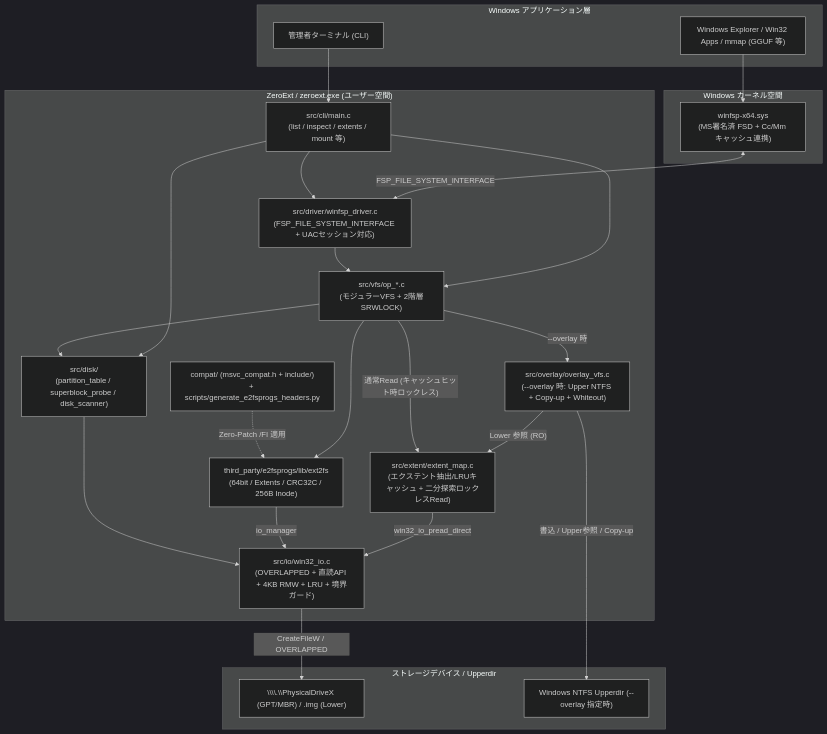
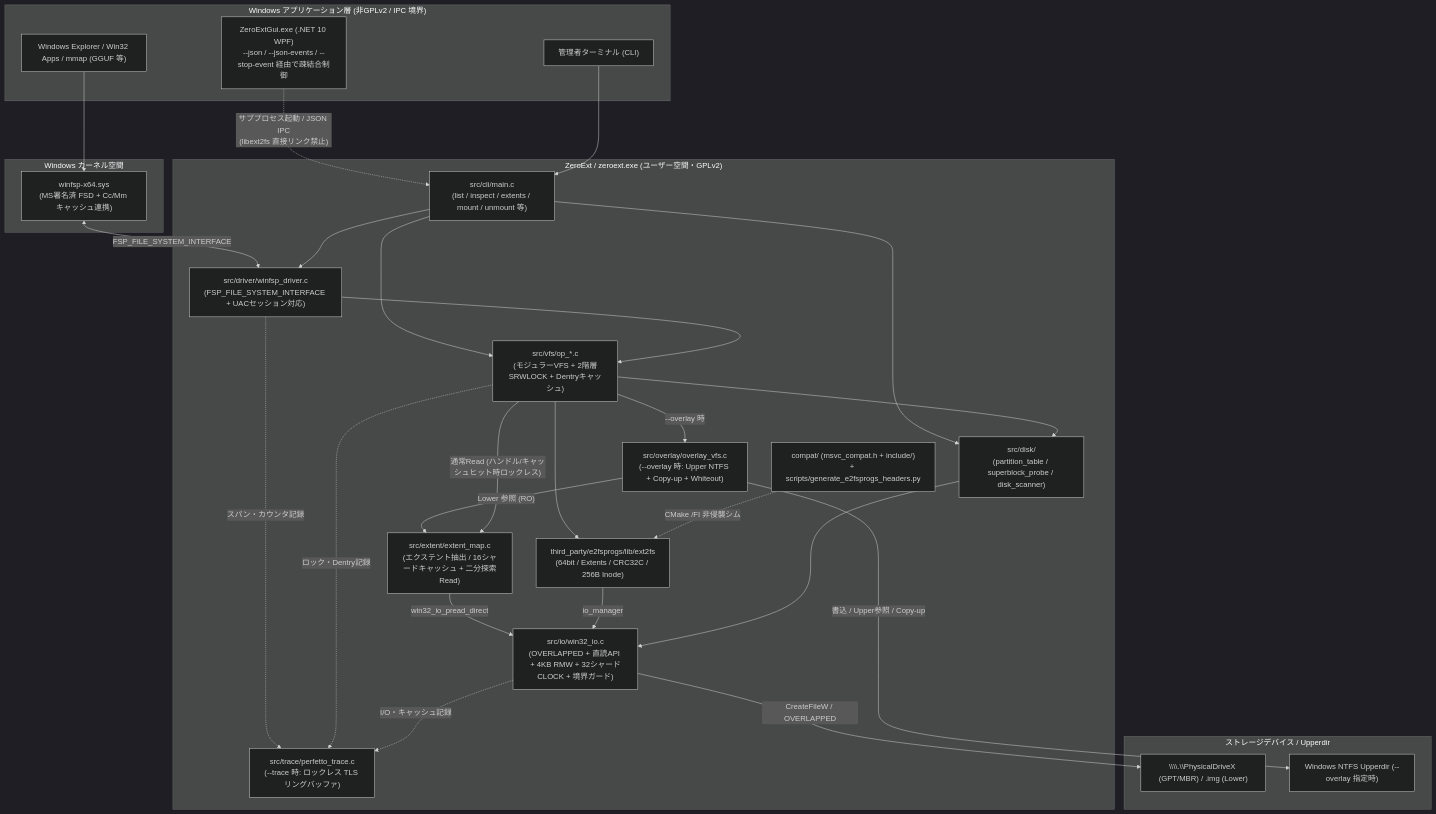
One commit to totatake/ZeroExt changed the first of 2 diagrams in docs/architecture.md. Above: the diagram before and after it, drawn with Mermaid (dark theme). The commit also changed other lines of this file and 20 other files, not shown here.

````diff
--- a/docs/architecture.md
+++ b/docs/architecture.md
@@ -9,47 +9,53 @@
 ```mermaid
 flowchart TD
-    subgraph UserApps["Windows アプリケーション層"]
+    subgraph UserApps["Windows アプリケーション層 (非GPLv2 / IPC 境界)"]
         Exp["Windows Explorer / Win32 Apps / mmap (GGUF 等)"]
+        GuiApp["ZeroExtGui.exe (.NET 10 WPF)\n--json / --json-events / --stop-event 経由で疎結合制御"]
         CliUser["管理者ターミナル (CLI)"]
     end
 
     subgraph Kernel["Windows カーネル空間"]
         WinFspSys["winfsp-x64.sys\n(MS署名済 FSD + Cc/Mm キャッシュ連携)"]
     end
 
-    subgraph DriverExe["ZeroExt / zeroext.exe (ユーザー空間)"]
-        CLI["src/cli/main.c\n(list / inspect / extents / mount 等)"]
+    subgraph DriverExe["ZeroExt / zeroext.exe (ユーザー空間・GPLv2)"]
+        CLI["src/cli/main.c\n(list / inspect / extents / mount / unmount 等)"]
         WinFspDrv["src/driver/winfsp_driver.c\n(FSP_FILE_SYSTEM_INTERFACE + UACセッション対応)"]
         Overlay["src/overlay/overlay_vfs.c\n(--overlay 時: Upper NTFS + Copy-up + Whiteout)"]
-        VFS["src/vfs/op_*.c\n(モジュラーVFS + 2階層SRWLOCK)"]
-        Extent["src/extent/extent_map.c\n(エクステント抽出/LRUキャッシュ + 二分探索ロックレスRead)"]
+        VFS["src/vfs/op_*.c\n(モジュラーVFS + 2階層SRWLOCK + Dentryキャッシュ)"]
+        Extent["src/extent/extent_map.c\n(エクステント抽出 / 16シャードキャッシュ + 二分探索Read)"]
         Disk["src/disk/\n(partition_table / superblock_probe / disk_scanner)"]
+        Trace["src/trace/perfetto_trace.c\n(--trace 時: ロックレス TLS リングバッファ)"]
         LibExt2["third_party/e2fsprogs/lib/ext2fs\n(64bit / Extents / CRC32C / 256B Inode)"]
         Compat["compat/ (msvc_compat.h + include/)\n+ scripts/generate_e2fsprogs_headers.py"]
-        Win32IO["src/io/win32_io.c\n(OVERLAPPED + 直読API + 4KB RMW + LRU + 境界ガード)"]
+        Win32IO["src/io/win32_io.c\n(OVERLAPPED + 直読API + 4KB RMW + 32シャードCLOCK + 境界ガード)"]
     end
 
     subgraph Storage["ストレージデバイス / Upperdir"]
         Phys["\\\\.\\PhysicalDriveX (GPT/MBR) / .img (Lower)"]
         NtfsUpper["Windows NTFS Upperdir (--overlay 指定時)"]
     end
 
     Exp --> WinFspSys
     WinFspSys <-->|"FSP_FILE_SYSTEM_INTERFACE"| WinFspDrv
+    GuiApp -.->|"サブプロセス起動 / JSON IPC\n(libext2fs 直接リンク禁止)"| CLI
     CliUser --> CLI
     CLI --> Disk
     CLI --> VFS
     CLI --> WinFspDrv
     WinFspDrv --> VFS
     VFS -->|"--overlay 時"| Overlay
     Overlay -->|"書込 / Upper参照 / Copy-up"| NtfsUpper
     Overlay -->|"Lower 参照 (RO)"| Extent
-    VFS -->|"通常Read (キャッシュヒット時ロックレス)"| Extent
+    VFS -->|"通常Read (ハンドル/キャッシュヒット時ロックレス)"| Extent
     VFS --> Disk
     VFS --> LibExt2
-    Compat -.->|"Zero-Patch /FI 適用"| LibExt2
+    Compat -.->|"CMake /FI 非侵襲シム"| LibExt2
     Extent -->|"win32_io_pread_direct"| Win32IO
     LibExt2 -->|"io_manager"| Win32IO
     Disk --> Win32IO
+    WinFspDrv -.->|"スパン・カウンタ記録"| Trace
+    VFS -.->|"ロック・Dentry記録"| Trace
+    Win32IO -.->|"I/O・キャッシュ記録"| Trace
     Win32IO -->|"CreateFileW / OVERLAPPED"| Phys
 ```
````
